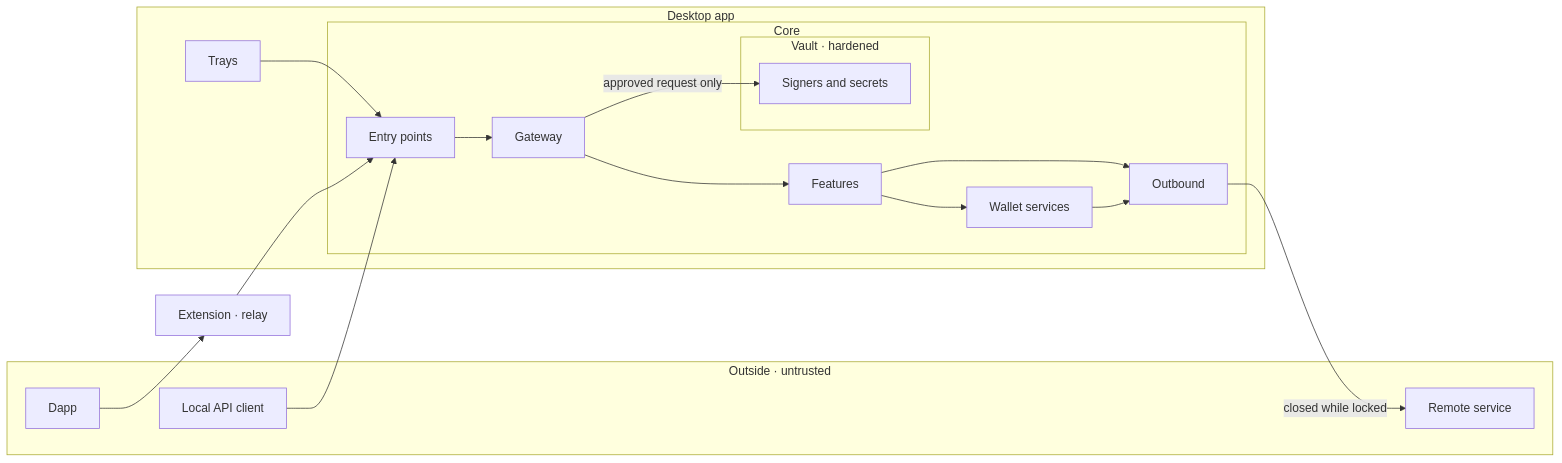
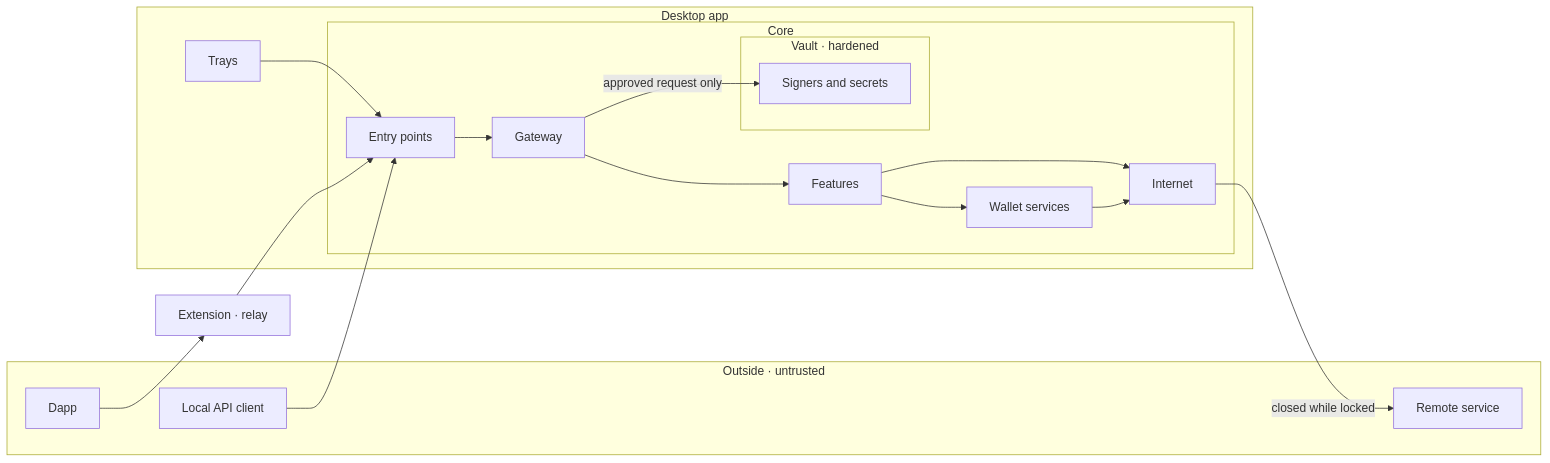
One commit to WardenJakx/newframe changed the first of 2 diagrams in docs/architecture.md. Above: the diagram before and after it, drawn with Mermaid. The commit also changed other lines of this file and 1 other file, not shown here.

First line of the commit message:
Name blockchains chain and the way out internet in the docs

````diff
--- a/docs/architecture.md
+++ b/docs/architecture.md
@@ -28,28 +28,28 @@
 ```mermaid
 flowchart LR
   subgraph outside[Outside · untrusted]
     dapp[Dapp]
     client[Local API client]
     remote[Remote service]
   end
   ext[Extension · relay]
   subgraph app[Desktop app]
     trays[Trays]
     subgraph core[Core]
       entry[Entry points] --> gateway[Gateway]
       gateway --> features[Features]
       features --> services[Wallet services]
       subgraph vault[Vault · hardened]
         signers[Signers and secrets]
       end
       gateway -->|approved request only| signers
-      outbound[Outbound]
+      internet[Internet]
     end
   end
   dapp --> ext --> entry
   client --> entry
   trays --> entry
-  services --> outbound
-  features --> outbound
-  outbound -->|closed while locked| remote
+  services --> internet
+  features --> internet
+  internet -->|closed while locked| remote
 ```
````
